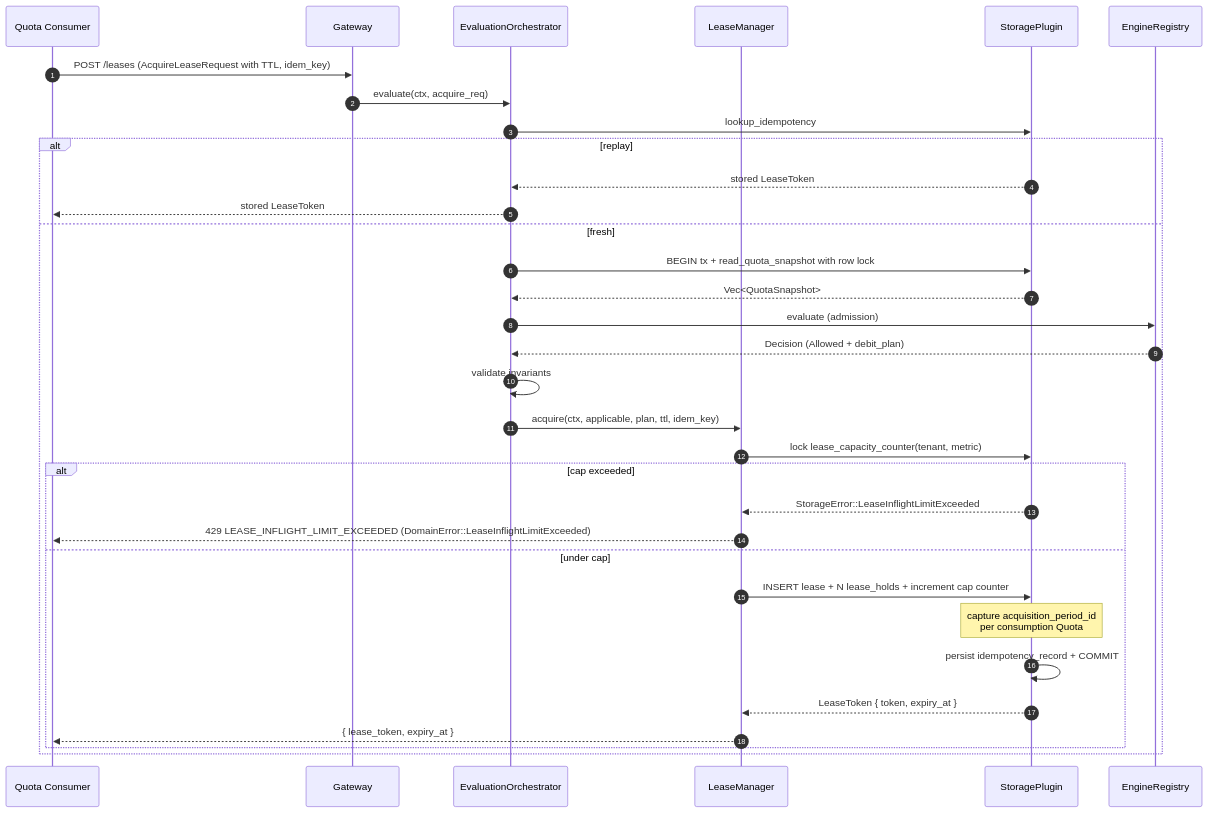
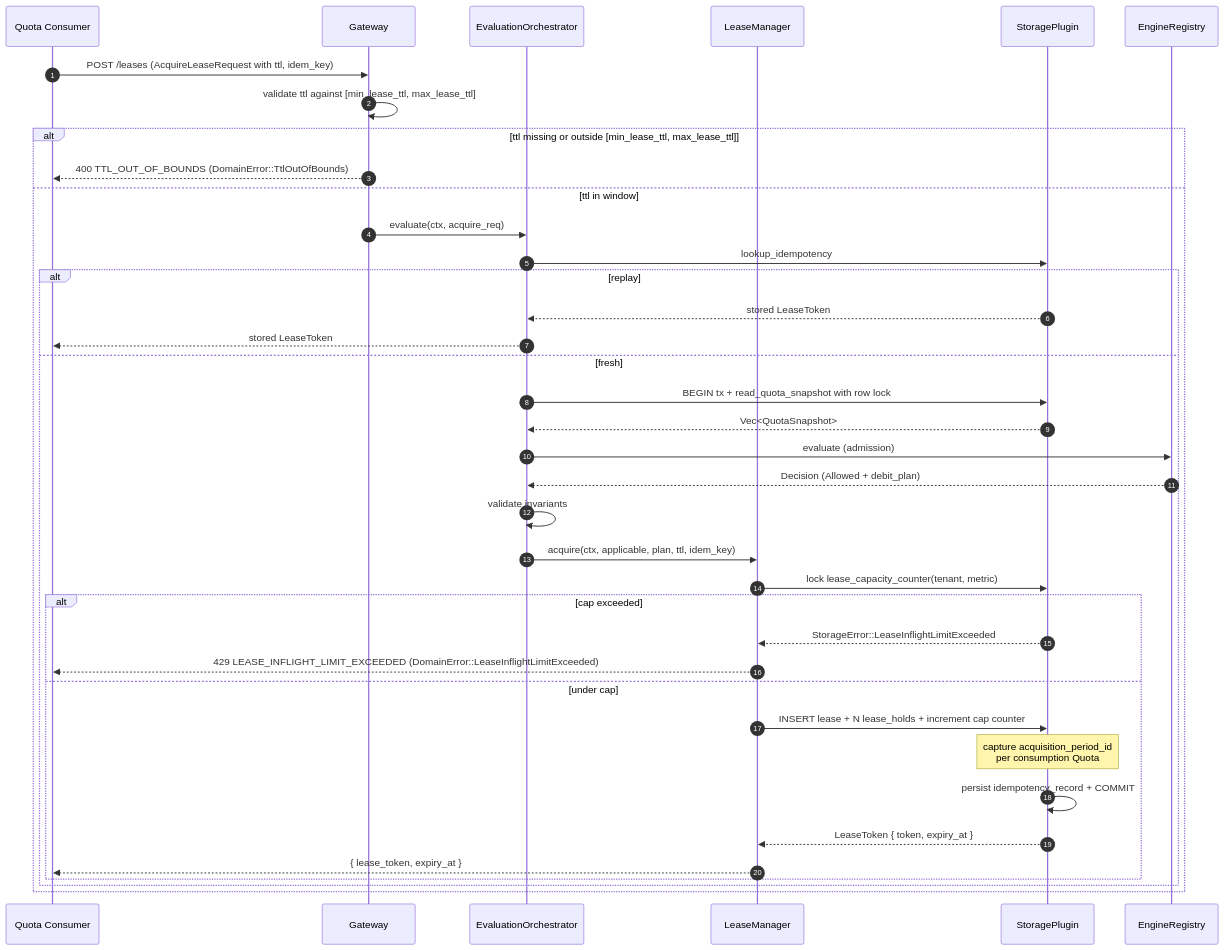
The seventh of 17 diagrams in modules/system/quota-enforcement/docs/DESIGN.md (nonameffh/cyberfabric-core), drawn with Mermaid before and after one commit. The commit also changed other lines of this file and 1 other file, not shown here.

Commit message:
fix(quota-enforcement): improve lease TTL docs

````diff
--- a/modules/system/quota-enforcement/docs/DESIGN.md
+++ b/modules/system/quota-enforcement/docs/DESIGN.md
@@ -1511,36 +1511,41 @@
 ```mermaid
 sequenceDiagram
     autonumber
     participant Caller as Quota Consumer
     participant GW as Gateway
     participant EO as EvaluationOrchestrator
     participant LM as LeaseManager
     participant SP as StoragePlugin
     participant ER as EngineRegistry
 
-    Caller ->> GW: POST /leases (AcquireLeaseRequest with TTL, idem_key)
-    GW ->> EO: evaluate(ctx, acquire_req)
-    EO ->> SP: lookup_idempotency
-    alt replay
-        SP -->> EO: stored LeaseToken
-        EO -->> Caller: stored LeaseToken
-    else fresh
-        EO ->> SP: BEGIN tx + read_quota_snapshot with row lock
-        SP -->> EO: Vec<QuotaSnapshot>
-        EO ->> ER: evaluate (admission)
-        ER -->> EO: Decision (Allowed + debit_plan)
-        EO ->> EO: validate invariants
-        EO ->> LM: acquire(ctx, applicable, plan, ttl, idem_key)
-        LM ->> SP: lock lease_capacity_counter(tenant, metric)
-        alt cap exceeded
-            SP -->> LM: StorageError::LeaseInflightLimitExceeded
-            LM -->> Caller: 429 LEASE_INFLIGHT_LIMIT_EXCEEDED (DomainError::LeaseInflightLimitExceeded)
-        else under cap
-            LM ->> SP: INSERT lease + N lease_holds + increment cap counter
-            Note over SP: capture acquisition_period_id<br/>per consumption Quota
-            SP ->> SP: persist idempotency_record + COMMIT
-            SP -->> LM: LeaseToken { token, expiry_at }
-            LM -->> Caller: { lease_token, expiry_at }
+    Caller ->> GW: POST /leases (AcquireLeaseRequest with ttl, idem_key)
+    GW ->> GW: validate ttl against [min_lease_ttl, max_lease_ttl]
+    alt ttl missing or outside [min_lease_ttl, max_lease_ttl]
+        GW -->> Caller: 400 TTL_OUT_OF_BOUNDS (DomainError::TtlOutOfBounds)
+    else ttl in window
+        GW ->> EO: evaluate(ctx, acquire_req)
+        EO ->> SP: lookup_idempotency
+        alt replay
+            SP -->> EO: stored LeaseToken
+            EO -->> Caller: stored LeaseToken
+        else fresh
+            EO ->> SP: BEGIN tx + read_quota_snapshot with row lock
+            SP -->> EO: Vec<QuotaSnapshot>
+            EO ->> ER: evaluate (admission)
+            ER -->> EO: Decision (Allowed + debit_plan)
+            EO ->> EO: validate invariants
+            EO ->> LM: acquire(ctx, applicable, plan, ttl, idem_key)
+            LM ->> SP: lock lease_capacity_counter(tenant, metric)
+            alt cap exceeded
+                SP -->> LM: StorageError::LeaseInflightLimitExceeded
+                LM -->> Caller: 429 LEASE_INFLIGHT_LIMIT_EXCEEDED (DomainError::LeaseInflightLimitExceeded)
+            else under cap
+                LM ->> SP: INSERT lease + N lease_holds + increment cap counter
+                Note over SP: capture acquisition_period_id<br/>per consumption Quota
+                SP ->> SP: persist idempotency_record + COMMIT
+                SP -->> LM: LeaseToken { token, expiry_at }
+                LM -->> Caller: { lease_token, expiry_at }
+            end
         end
     end
 ```
````
